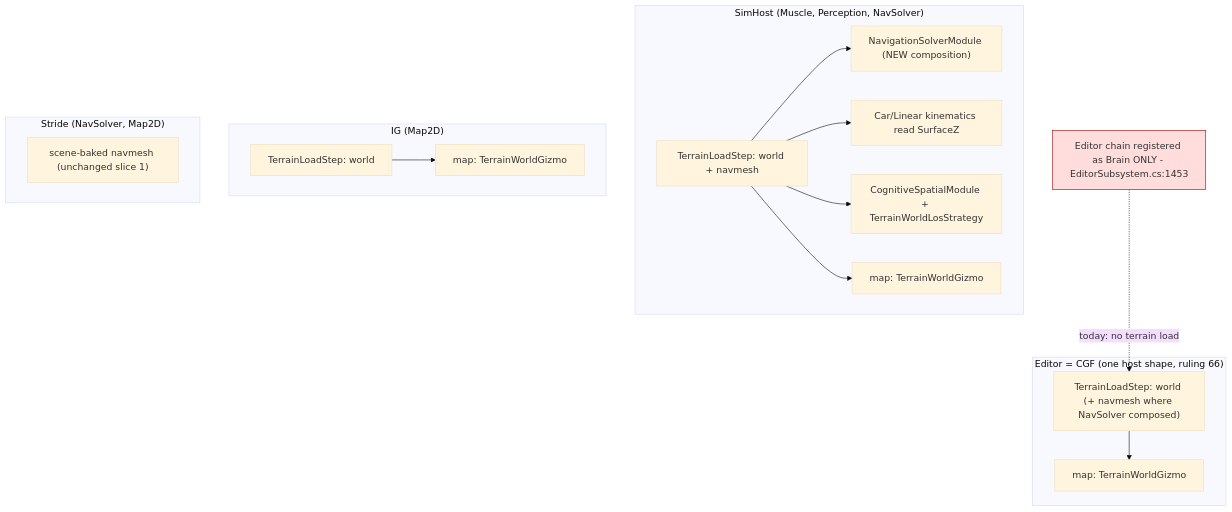
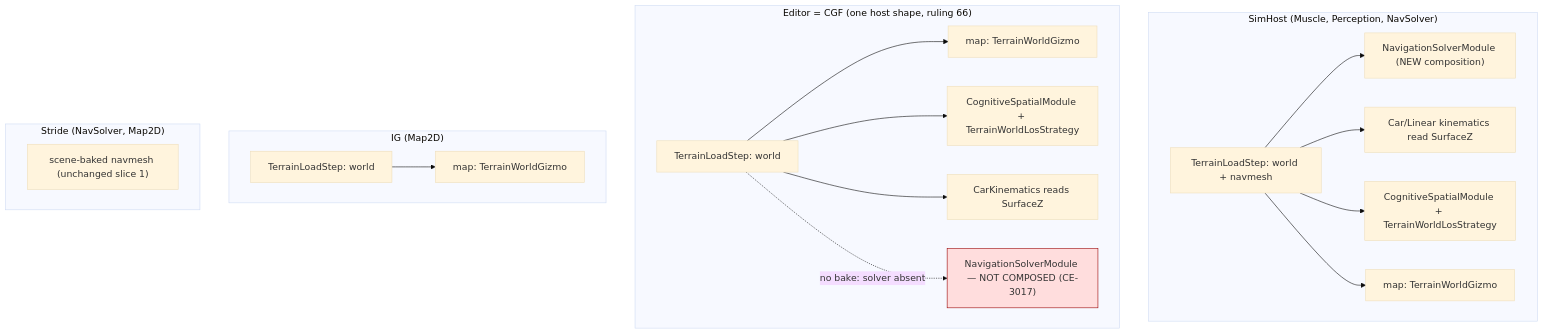
One commit to pjanec/HROT changed the fifth of 5 diagrams in docs/DESIGN_Terrain_World.md. Above: the diagram before and after it, drawn with Mermaid (base theme). The commit also changed other lines of this file and 38 other files, not shown here.

````diff
--- a/docs/DESIGN_Terrain_World.md
+++ b/docs/DESIGN_Terrain_World.md
@@ -267,30 +305,34 @@
 ```mermaid
 graph TD
   subgraph SimHost["SimHost (Muscle, Perception, NavSolver)"]
     SH_L["TerrainLoadStep: world + navmesh"]
     SH_N["NavigationSolverModule (NEW composition)"]
     SH_K["Car/Linear kinematics read SurfaceZ"]
     SH_P["CognitiveSpatialModule + TerrainWorldLosStrategy"]
     SH_M["map: TerrainWorldGizmo"]
   end
   subgraph EdCgf["Editor = CGF (one host shape, ruling 66)"]
-    EC_L["TerrainLoadStep: world (+ navmesh where NavSolver composed)"]
+    EC_L["TerrainLoadStep: world"]
     EC_M["map: TerrainWorldGizmo"]
+    EC_P["CognitiveSpatialModule + TerrainWorldLosStrategy"]
+    EC_K["CarKinematics reads SurfaceZ"]
+    EC_N["NavigationSolverModule — NOT COMPOSED (CE-3017)"]
   end
   subgraph IG["IG (Map2D)"]
     IG_L["TerrainLoadStep: world"]
     IG_M["map: TerrainWorldGizmo"]
   end
   subgraph Stride["Stride (NavSolver, Map2D)"]
     ST_N["scene-baked navmesh (unchanged slice 1)"]
   end
   SH_L --> SH_N
   SH_L --> SH_K
   SH_L --> SH_P
   SH_L --> SH_M
   EC_L --> EC_M
   IG_L --> IG_M
-  ED_X["Editor chain registered as Brain ONLY - EditorSubsystem.cs:1453"]
-  ED_X -.->|today: no terrain load| EC_L
-  style ED_X fill:#fdd,stroke:#900
+  EC_L --> EC_P
+  EC_L --> EC_K
+  EC_L -.->|no bake: solver absent| EC_N
+  style EC_N fill:#fdd,stroke:#900
 ```
````
